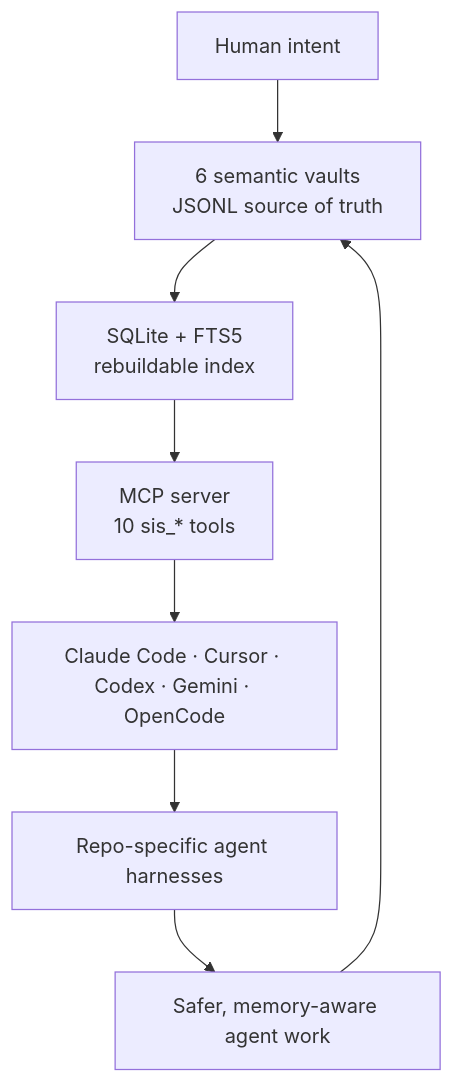
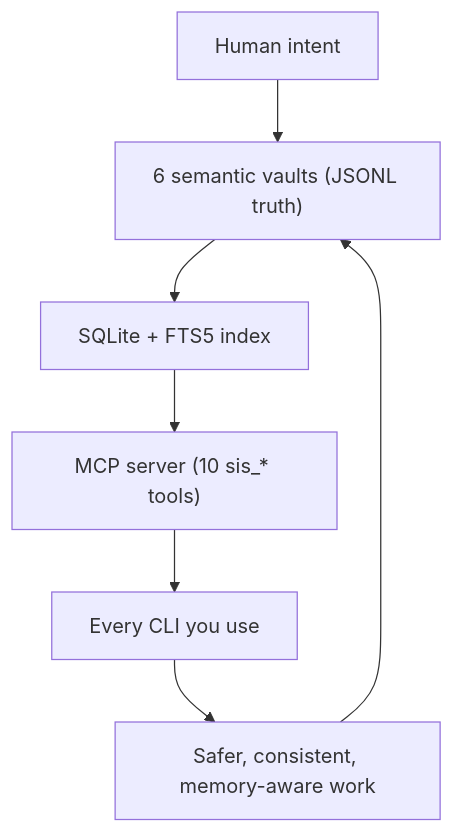
The diagram in README.md (frankxai/Starlight-Intelligence-System), drawn with Mermaid before and after one commit. The commit also changed other lines of this file and 396 other files, not shown here.

````diff
--- a/README.md
+++ b/README.md
@@ -81,18 +72,9 @@
 ```mermaid
 flowchart TB
-  Human["Human intent"]
-  Vaults["6 semantic vaults<br/>JSONL source of truth"]
-  Index["SQLite + FTS5<br/>rebuildable index"]
-  MCP["MCP server<br/>10 sis_* tools"]
-  Adapters["Claude Code · Cursor · Codex · Gemini · OpenCode"]
-  Repos["Repo-specific agent harnesses"]
-  Output["Safer, memory-aware agent work"]
-
-  Human --> Vaults
-  Vaults --> Index
-  Index --> MCP
-  MCP --> Adapters
-  Adapters --> Repos
-  Repos --> Output
-  Output --> Vaults
+  Human["Human intent"] --> Vaults["6 semantic vaults (JSONL truth)"]
+  Vaults --> Index["SQLite + FTS5 index"]
+  Index --> MCP["MCP server (10 sis_* tools)"]
+  MCP --> Adapters["Every CLI you use"]
+  Adapters --> Work["Safer, consistent, memory-aware work"]
+  Work --> Vaults
 ```
````
